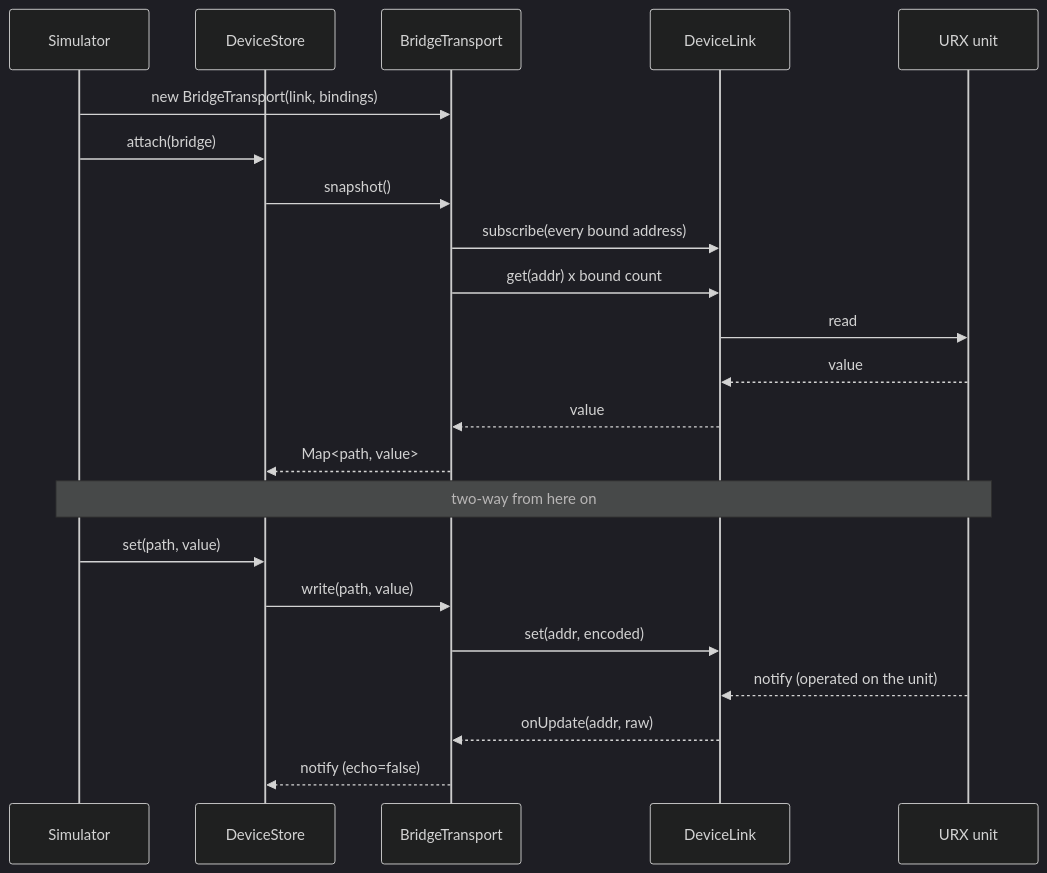
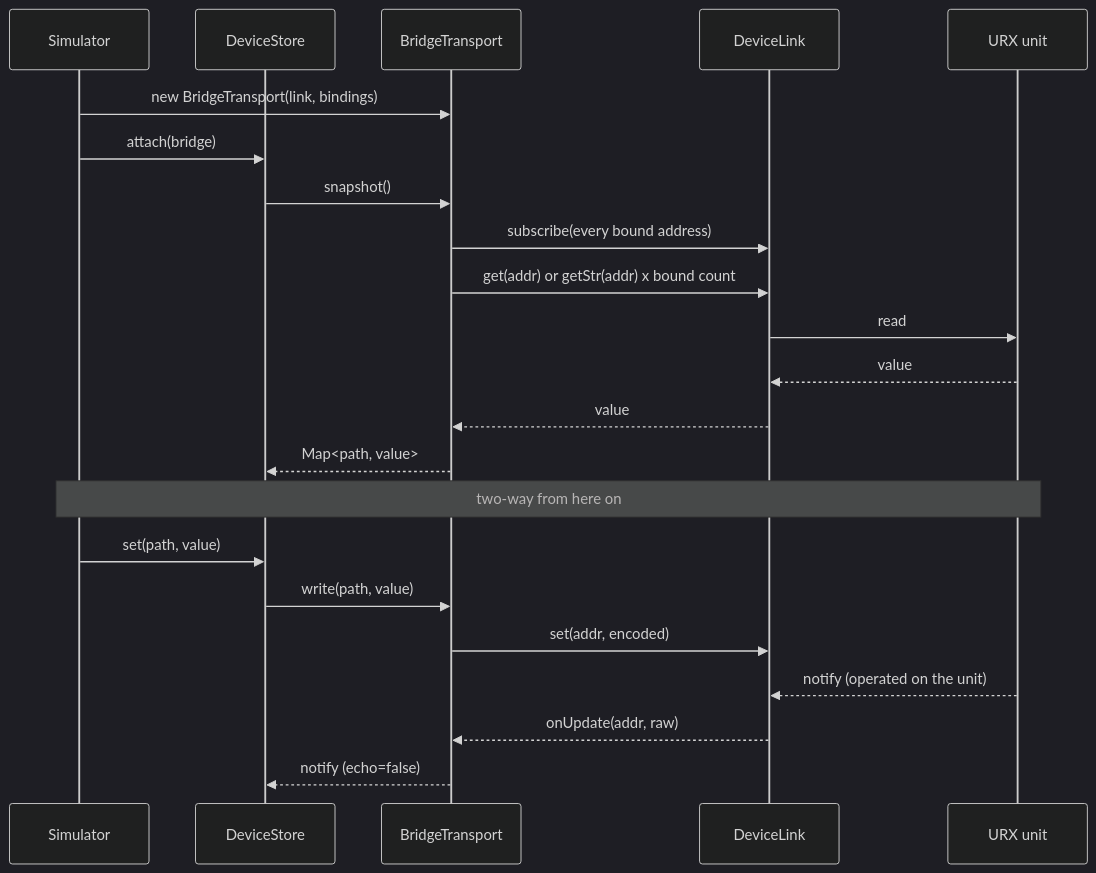
Before and after one commit to semnil/urx-lcd-sim: the diagram in docs/en/device-integration.md, drawn with Mermaid (dark theme). The commit also changed other lines of this file and 1 other file, not shown here.

First line of the commit message:
Say that the device link carries string values through getStr / setStr

````diff
--- a/docs/en/device-integration.md
+++ b/docs/en/device-integration.md
@@ -62,25 +63,25 @@
 ```mermaid
 sequenceDiagram
   participant App as Simulator
   participant Store as DeviceStore
   participant Bridge as BridgeTransport
   participant DevLink as DeviceLink
   participant Unit as URX unit
 
   App->>Bridge: new BridgeTransport(link, bindings)
   App->>Store: attach(bridge)
   Store->>Bridge: snapshot()
   Bridge->>DevLink: subscribe(every bound address)
-  Bridge->>DevLink: get(addr) x bound count
+  Bridge->>DevLink: get(addr) or getStr(addr) x bound count
   DevLink->>Unit: read
   Unit-->>DevLink: value
   DevLink-->>Bridge: value
   Bridge-->>Store: Map<path, value>
   Note over App,Unit: two-way from here on
   App->>Store: set(path, value)
   Store->>Bridge: write(path, value)
   Bridge->>DevLink: set(addr, encoded)
   Unit-->>DevLink: notify (operated on the unit)
   DevLink-->>Bridge: onUpdate(addr, raw)
   Bridge-->>Store: notify (echo=false)
 ```
````
